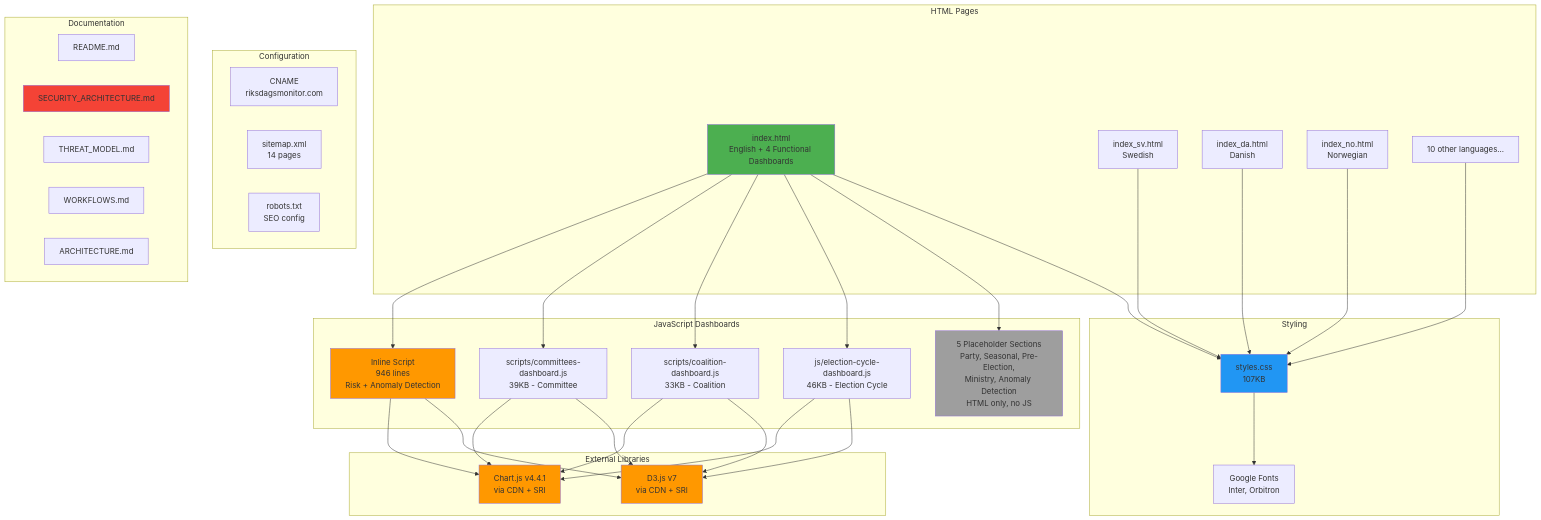
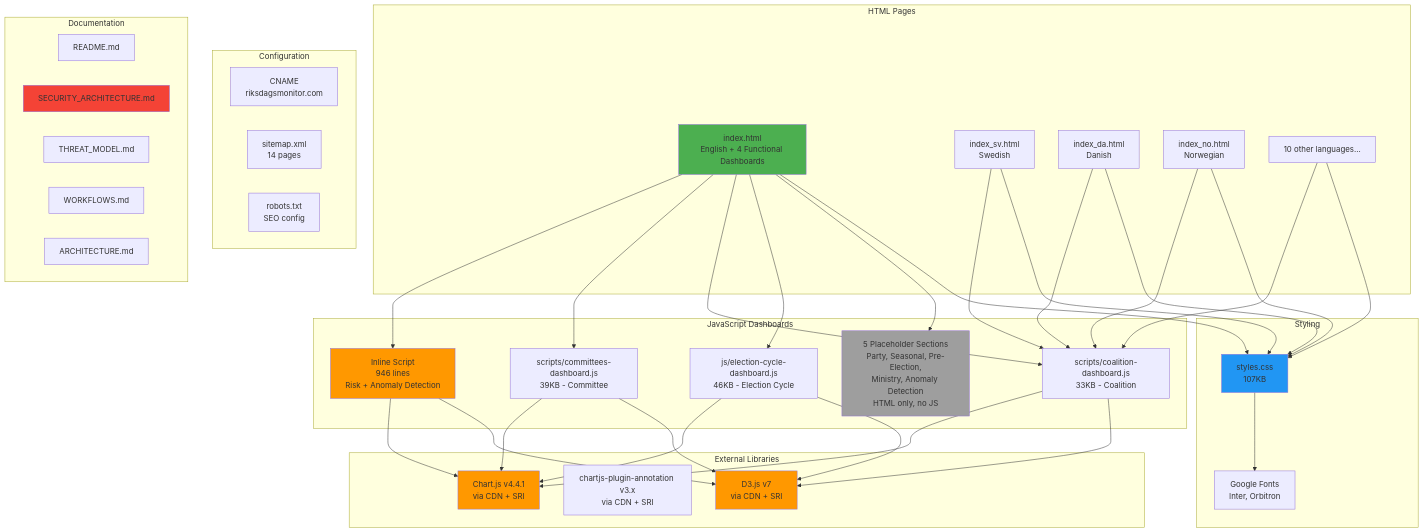
The fourth of 11 diagrams in ARCHITECTURE.md (Hack23/riksdagsmonitor), drawn with Mermaid before and after one commit. The commit also changed other lines of this file and 1 other file, not shown here.

Commit message:
Complete chartjs-plugin-annotation documentation: add to tech stack, external libraries diagram, fix 5th placeholder name, add language file JS dependencies

````diff
--- a/ARCHITECTURE.md
+++ b/ARCHITECTURE.md
@@ -176,73 +176,78 @@
 ```mermaid
 graph TD
     subgraph "HTML Pages"
         Index[index.html<br/>English + 4 Functional Dashboards]
         LangSV[index_sv.html<br/>Swedish]
         LangDA[index_da.html<br/>Danish]
         LangNO[index_no.html<br/>Norwegian]
         LangOther[10 other languages...]
     end
     
     subgraph "JavaScript Dashboards"
         InlineScript[Inline Script<br/>946 lines<br/>Risk + Anomaly Detection]
         ExtJS1[scripts/committees-dashboard.js<br/>39KB - Committee]
         ExtJS2[scripts/coalition-dashboard.js<br/>33KB - Coalition]
         ExtJS3[js/election-cycle-dashboard.js<br/>46KB - Election Cycle]
         Placeholders[5 Placeholder Sections<br/>Party, Seasonal, Pre-Election,<br/>Ministry, Anomaly Detection<br/>HTML only, no JS]
     end
     
     subgraph "Styling"
         CSS[styles.css<br/>107KB]
         Fonts[Google Fonts<br/>Inter, Orbitron]
     end
     
     subgraph "External Libraries"
         Chart[Chart.js v4.4.1<br/>via CDN + SRI]
+        ChartPlugin[chartjs-plugin-annotation v3.x<br/>via CDN + SRI]
         D3[D3.js v7<br/>via CDN + SRI]
     end
     
     subgraph "Configuration"
         CNAME[CNAME<br/>riksdagsmonitor.com]
         Sitemap[sitemap.xml<br/>14 pages]
         Robots[robots.txt<br/>SEO config]
     end
     
     subgraph "Documentation"
         Readme[README.md]
         Security[SECURITY_ARCHITECTURE.md]
         Threat[THREAT_MODEL.md]
         Workflows[WORKFLOWS.md]
         Arch[ARCHITECTURE.md]
     end
     
     Index --> InlineScript
     Index --> ExtJS1
     Index --> ExtJS2
     Index --> ExtJS3
     Index --> Placeholders
     Index --> CSS
     
+    LangSV --> ExtJS2
     LangSV --> CSS
+    LangDA --> ExtJS2
     LangDA --> CSS
+    LangNO --> ExtJS2
     LangNO --> CSS
+    LangOther --> ExtJS2
     LangOther --> CSS
     
     InlineScript --> Chart
     InlineScript --> D3
     ExtJS1 --> Chart
     ExtJS1 --> D3
     ExtJS2 --> Chart
     ExtJS2 --> D3
     ExtJS3 --> Chart
     ExtJS3 --> D3
     
     CSS --> Fonts
     
     style Index fill:#4caf50
     style InlineScript fill:#ff9800
     style Placeholders fill:#9e9e9e
     style CSS fill:#2196f3
     style Chart fill:#ff9800
     style D3 fill:#ff9800
     style Security fill:#f44336
 ```
````
